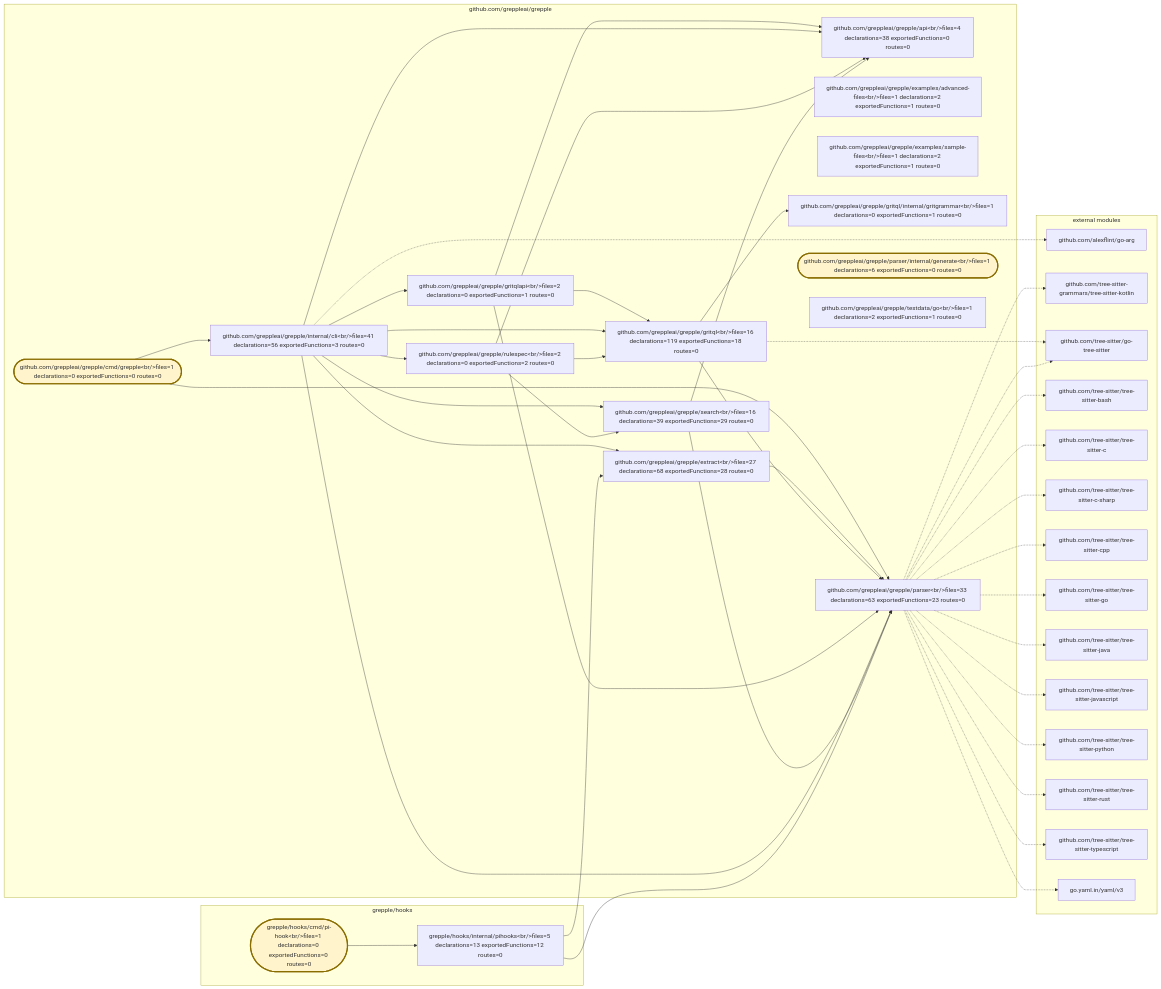
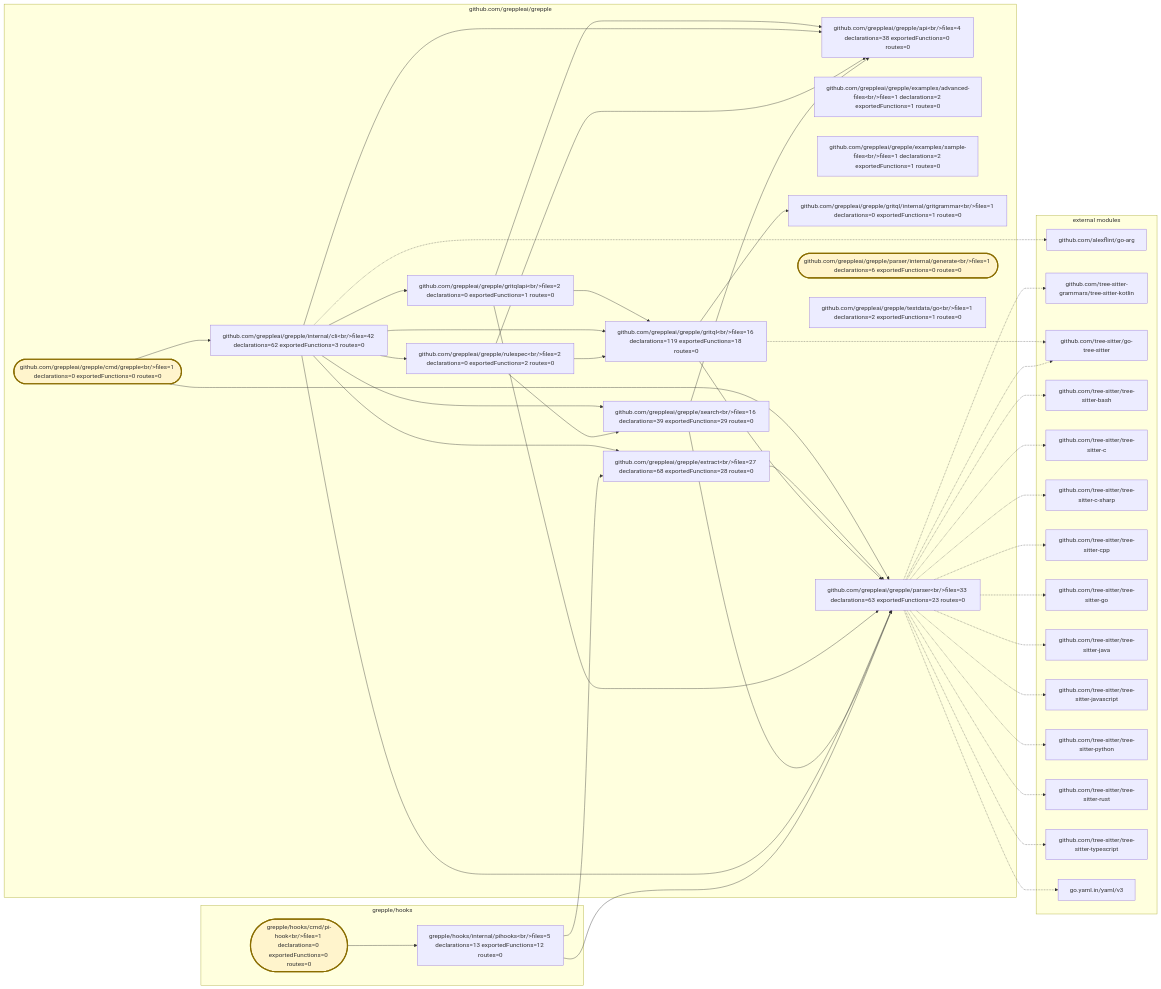
Before and after one commit to greppleai/grepple: the diagram in .grepple/project.workspace/overview.mmd, drawn with Mermaid. The commit also changed 14 other files, not shown here.

```diff
--- a/.grepple/project.workspace/overview.mmd
+++ b/.grepple/project.workspace/overview.mmd
@@ -1,79 +1,79 @@
 flowchart LR
     classDef entrypoint fill:#fff4cc,stroke:#8a6d00,stroke-width:3px
     subgraph module_0["github.com/greppleai/grepple"]
         package_0["github.com/greppleai/grepple/api&lt;br/&gt;files=4 declarations=38 exportedFunctions=0 routes=0"]
         package_1(["github.com/greppleai/grepple/cmd/grepple&lt;br/&gt;files=1 declarations=0 exportedFunctions=0 routes=0"])
         class package_1 entrypoint
         package_2["github.com/greppleai/grepple/examples/advanced-files&lt;br/&gt;files=1 declarations=2 exportedFunctions=1 routes=0"]
         package_3["github.com/greppleai/grepple/examples/sample-files&lt;br/&gt;files=1 declarations=2 exportedFunctions=1 routes=0"]
         package_4["github.com/greppleai/grepple/extract&lt;br/&gt;files=27 declarations=68 exportedFunctions=28 routes=0"]
         package_5["github.com/greppleai/grepple/gritql&lt;br/&gt;files=16 declarations=119 exportedFunctions=18 routes=0"]
         package_6["github.com/greppleai/grepple/gritql/internal/gritgrammar&lt;br/&gt;files=1 declarations=0 exportedFunctions=1 routes=0"]
         package_7["github.com/greppleai/grepple/gritqlapi&lt;br/&gt;files=2 declarations=0 exportedFunctions=1 routes=0"]
-        package_8["github.com/greppleai/grepple/internal/cli&lt;br/&gt;files=41 declarations=56 exportedFunctions=3 routes=0"]
+        package_8["github.com/greppleai/grepple/internal/cli&lt;br/&gt;files=42 declarations=62 exportedFunctions=3 routes=0"]
         package_9["github.com/greppleai/grepple/parser&lt;br/&gt;files=33 declarations=63 exportedFunctions=23 routes=0"]
         package_10(["github.com/greppleai/grepple/parser/internal/generate&lt;br/&gt;files=1 declarations=6 exportedFunctions=0 routes=0"])
         class package_10 entrypoint
         package_11["github.com/greppleai/grepple/rulespec&lt;br/&gt;files=2 declarations=0 exportedFunctions=2 routes=0"]
         package_12["github.com/greppleai/grepple/search&lt;br/&gt;files=16 declarations=39 exportedFunctions=29 routes=0"]
         package_13["github.com/greppleai/grepple/testdata/go&lt;br/&gt;files=1 declarations=2 exportedFunctions=1 routes=0"]
     end
     subgraph module_1["grepple/hooks"]
         package_14(["grepple/hooks/cmd/pi-hook&lt;br/&gt;files=1 declarations=0 exportedFunctions=0 routes=0"])
         class package_14 entrypoint
         package_15["grepple/hooks/internal/pihooks&lt;br/&gt;files=5 declarations=13 exportedFunctions=12 routes=0"]
     end
     package_1 --> package_8
     package_1 --> package_9
     package_4 --> package_9
     package_5 --> package_6
     package_5 --> package_9
     package_7 --> package_0
     package_7 --> package_5
     package_7 --> package_9
     package_8 --> package_0
     package_8 --> package_4
     package_8 --> package_5
     package_8 --> package_7
     package_8 --> package_9
     package_8 --> package_11
     package_8 --> package_12
     package_11 --> package_0
     package_11 --> package_5
     package_11 --> package_12
     package_12 --> package_0
     package_12 --> package_9
     package_14 --> package_15
     package_15 --> package_4
     package_15 --> package_9
     subgraph external_dependencies["external modules"]
         external_0["github.com/alexflint/go-arg"]
         external_1["github.com/tree-sitter-grammars/tree-sitter-kotlin"]
         external_2["github.com/tree-sitter/go-tree-sitter"]
         external_3["github.com/tree-sitter/tree-sitter-bash"]
         external_4["github.com/tree-sitter/tree-sitter-c"]
         external_5["github.com/tree-sitter/tree-sitter-c-sharp"]
         external_6["github.com/tree-sitter/tree-sitter-cpp"]
         external_7["github.com/tree-sitter/tree-sitter-go"]
         external_8["github.com/tree-sitter/tree-sitter-java"]
         external_9["github.com/tree-sitter/tree-sitter-javascript"]
         external_10["github.com/tree-sitter/tree-sitter-python"]
         external_11["github.com/tree-sitter/tree-sitter-rust"]
         external_12["github.com/tree-sitter/tree-sitter-typescript"]
         external_13["go.yaml.in/yaml/v3"]
     end
     package_8 -.-> external_0
     package_9 -.-> external_1
     package_5 -.-> external_2
     package_9 -.-> external_2
     package_9 -.-> external_3
     package_9 -.-> external_4
     package_9 -.-> external_5
     package_9 -.-> external_6
     package_9 -.-> external_7
     package_9 -.-> external_8
     package_9 -.-> external_9
     package_9 -.-> external_10
     package_9 -.-> external_11
     package_9 -.-> external_12
     package_9 -.-> external_13
```
